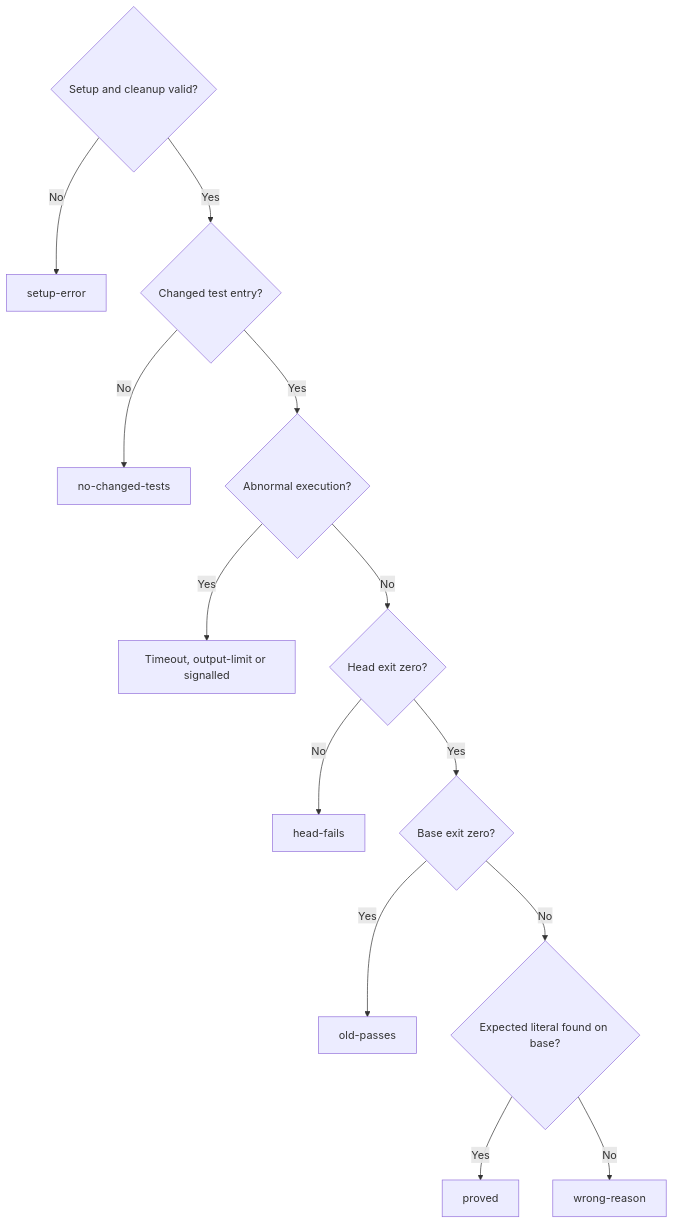
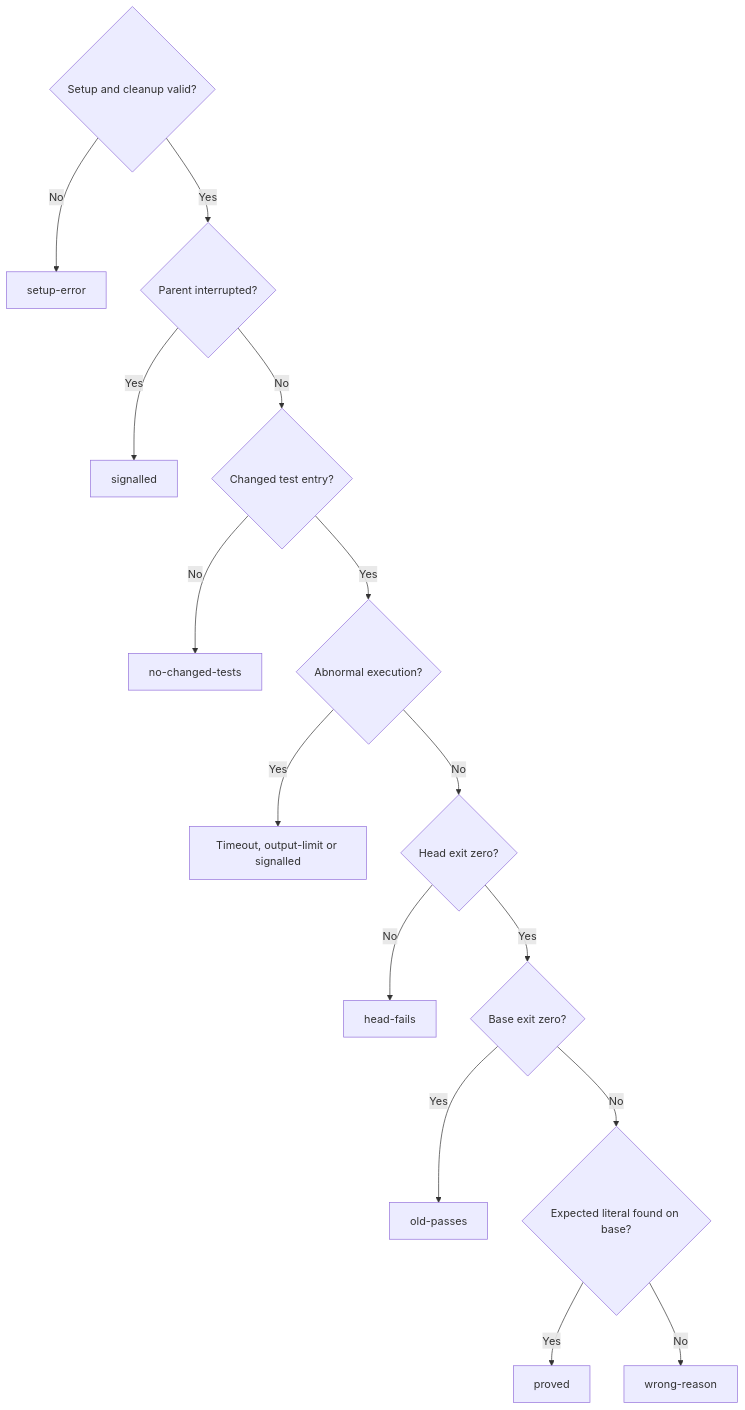
Before and after one commit to promptdriven/pdd: the diagram in prompts/cli/workflow-prove.prompt.md, drawn with Mermaid. The commit also changed other lines of this file and 9 other files, not shown here.

````diff
--- a/prompts/cli/workflow-prove.prompt.md
+++ b/prompts/cli/workflow-prove.prompt.md
@@ -19,15 +19,17 @@
 ```mermaid
 flowchart TD
   S{Setup and cleanup valid?} -->|No| E[setup-error]
-  S -->|Yes| T{Changed test entry?}
+  S -->|Yes| I{Parent interrupted?}
+  I -->|Yes| J[signalled]
+  I -->|No| T{Changed test entry?}
   T -->|No| N[no-changed-tests]
   T -->|Yes| B{Abnormal execution?}
   B -->|Yes| A[Timeout, output-limit or signalled]
   B -->|No| H{Head exit zero?}
   H -->|No| F[head-fails]
   H -->|Yes| O{Base exit zero?}
   O -->|Yes| P[old-passes]
   O -->|No| X{Expected literal found on base?}
   X -->|Yes| Y[proved]
   X -->|No| W[wrong-reason]
 ```
````
